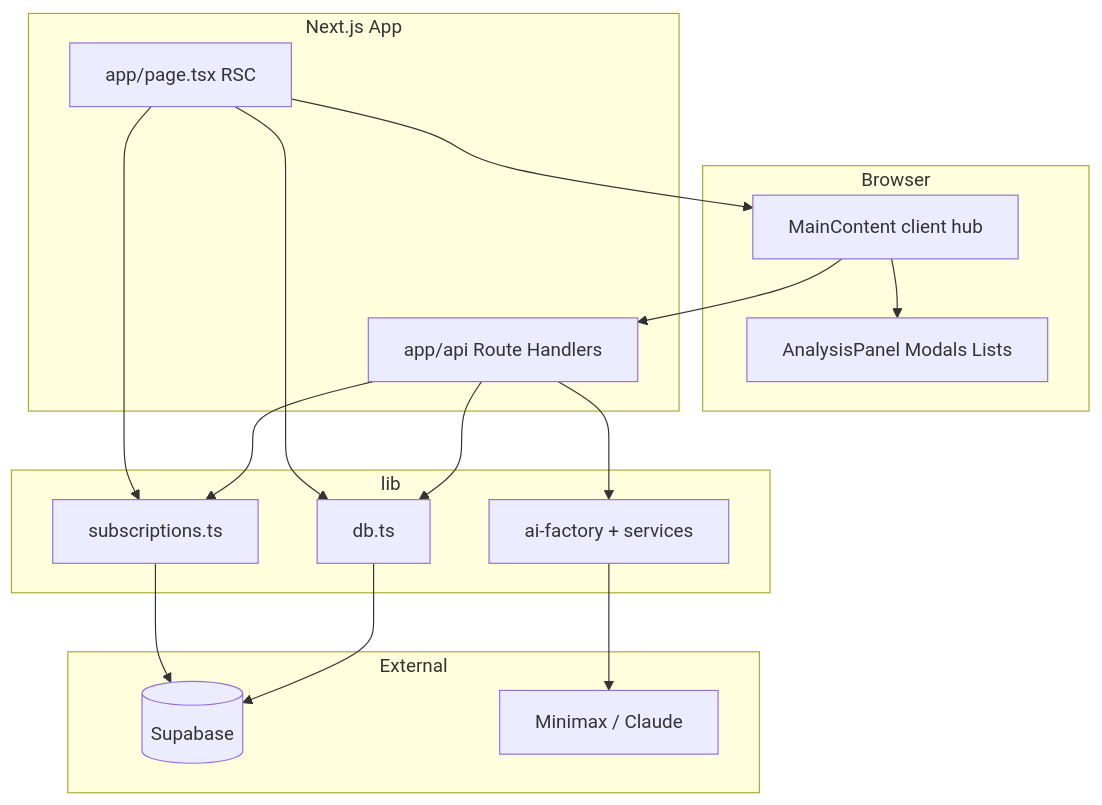
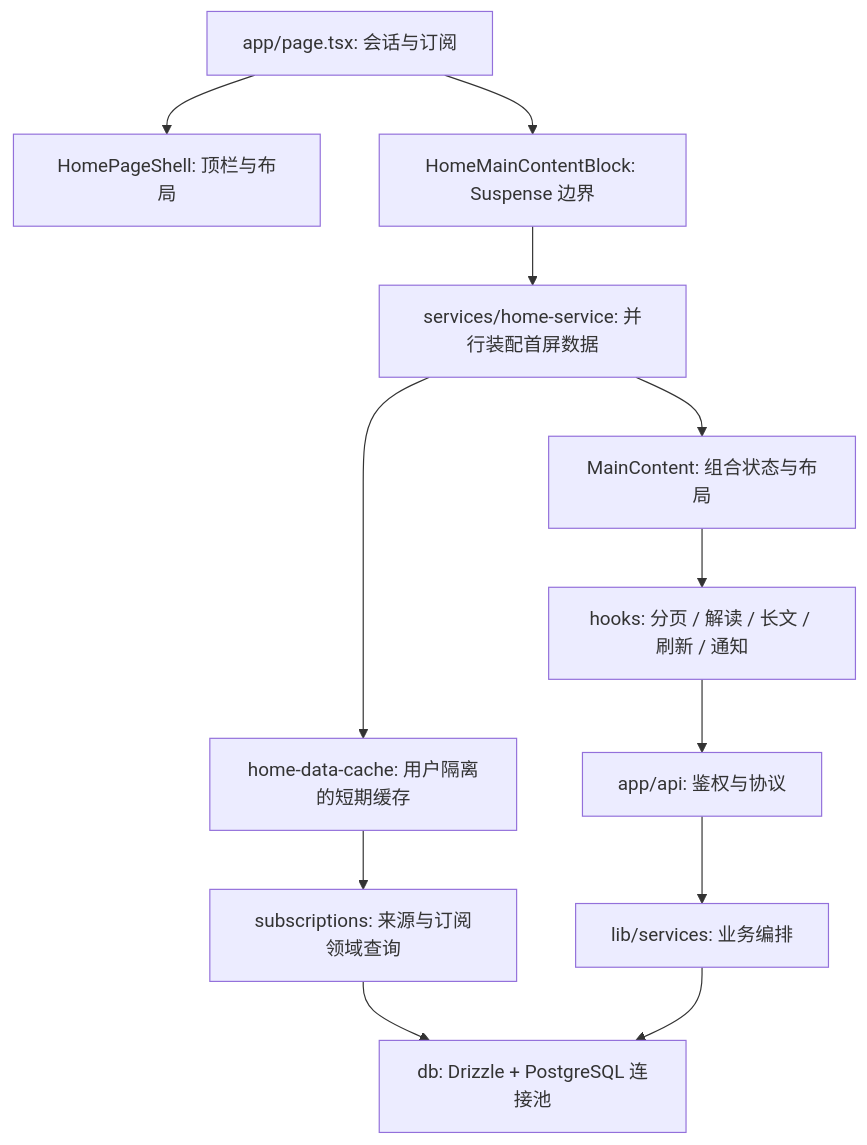
One commit to hl18212116137-ops/uAI-News changed the diagram in docs/ARCHITECTURE.md. Above: the diagram before and after it, drawn with Mermaid. The commit also changed other lines of this file and 155 other files, not shown here.

Commit message:
refactor: streamline news architecture and enforce user-scoped operations

````diff
--- a/docs/ARCHITECTURE.md
+++ b/docs/ARCHITECTURE.md
@@ -17,31 +5,14 @@
 ```mermaid
-flowchart TB
-  subgraph client [Browser]
-    MainContent[MainContent client hub]
-    Panels[AnalysisPanel Modals Lists]
-    MainContent --> Panels
-  end
-  subgraph next [Next.js App]
-    HomePage[app/page.tsx RSC]
-    API[app/api Route Handlers]
-    HomePage --> MainContent
-    MainContent --> API
-  end
-  subgraph lib [lib]
-    Subs[subscriptions.ts]
-    DB[db.ts]
-    AI[ai-factory + services]
-  end
-  subgraph external [External]
-    Supabase[(Supabase)]
-    LLM[Minimax / Claude]
-  end
-  HomePage --> Subs
-  HomePage --> DB
-  API --> DB
-  API --> Subs
-  API --> AI
-  Subs --> Supabase
-  DB --> Supabase
-  AI --> LLM
+flowchart TD
+  Page[app/page.tsx: 会话与订阅] --> Shell[HomePageShell: 顶栏与布局]
+  Page --> Block[HomeMainContentBlock: Suspense 边界]
+  Block --> Home[services/home-service: 并行装配首屏数据]
+  Home --> Cache[home-data-cache: 用户隔离的短期缓存]
+  Cache --> Subs[subscriptions: 来源与订阅领域查询]
+  Subs --> DB[db: Drizzle + PostgreSQL 连接池]
+  Home --> Main[MainContent: 组合状态与布局]
+  Main --> Hooks[hooks: 分页 / 解读 / 长文 / 刷新 / 通知]
+  Hooks --> API[app/api: 鉴权与协议]
+  API --> Services[lib/services: 业务编排]
+  Services --> DB
 ```
````
